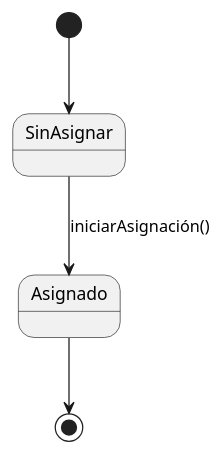
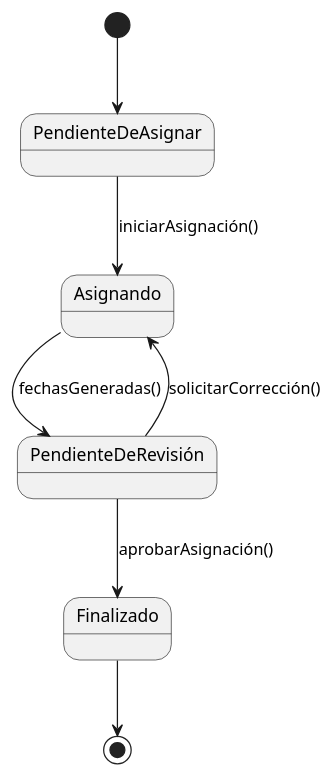
One commit to Alejandrojuarez0105/25-26-IdSw1-SdR changed the diagram in modelos/modelosUML/DiagramaDeEstadosGeneradorExamenes.puml. Above: the diagram before and after it, drawn with PlantUML. The commit also changed 8 other files, not shown here.

First line of the commit message:
Corrección en los casos de uso y creación del diagrama de estados del generador

```diff
--- a/modelos/modelosUML/DiagramaDeEstadosGeneradorExamenes.puml
+++ b/modelos/modelosUML/DiagramaDeEstadosGeneradorExamenes.puml
@@ -1,9 +1,14 @@
 @startuml
 
-[*] --> SinAsignar
+[*] --> PendienteDeAsignar
 
-SinAsignar --> Asignado : iniciarAsignación()
+PendienteDeAsignar --> Asignando : iniciarAsignación()
 
-Asignado --> [*]
+Asignando --> PendienteDeRevisión : fechasGeneradas()
+
+PendienteDeRevisión --> Asignando : solicitarCorrección()
+PendienteDeRevisión --> Finalizado : aprobarAsignación()
+
+Finalizado --> [*]
 
 @enduml
```
